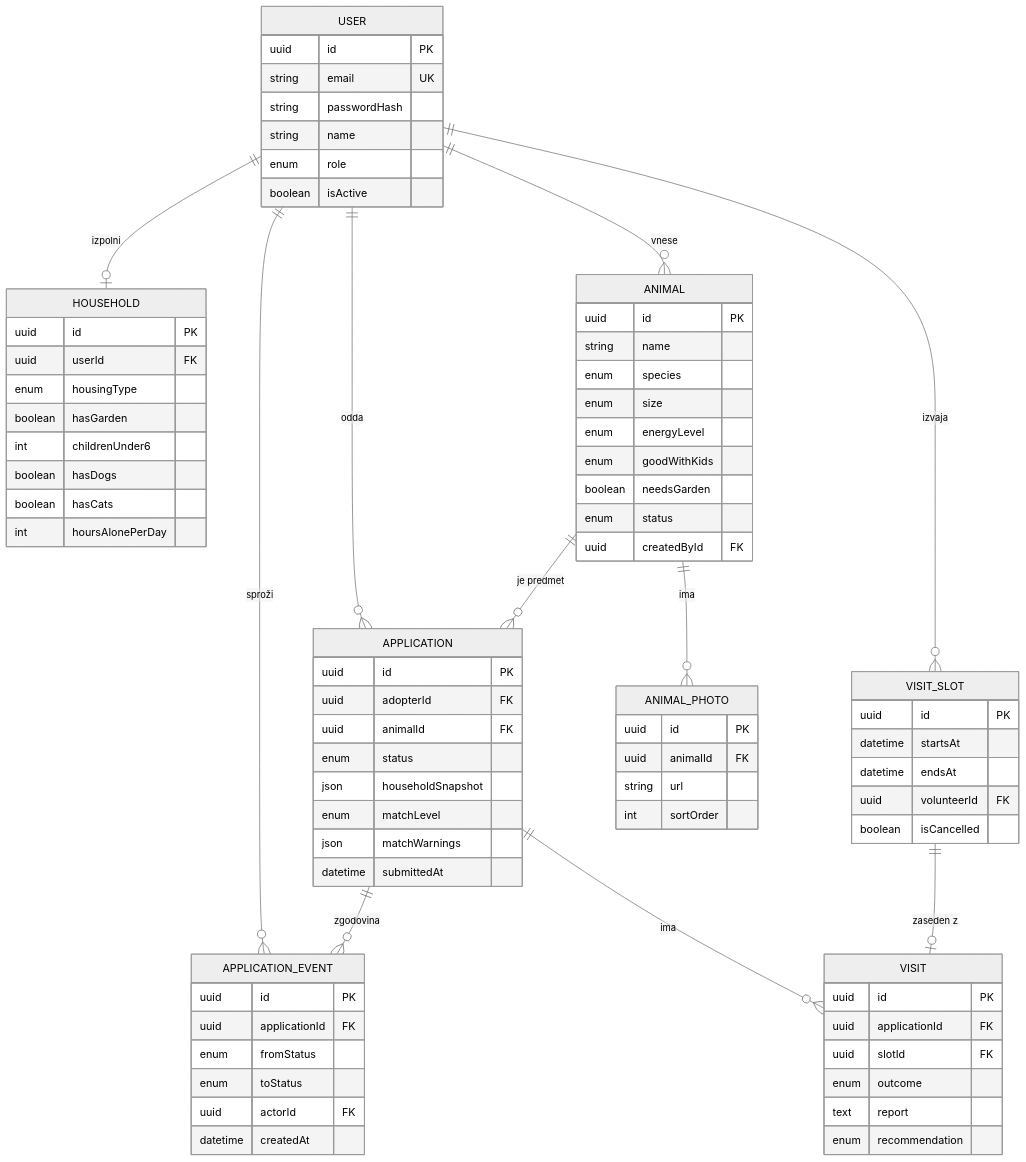
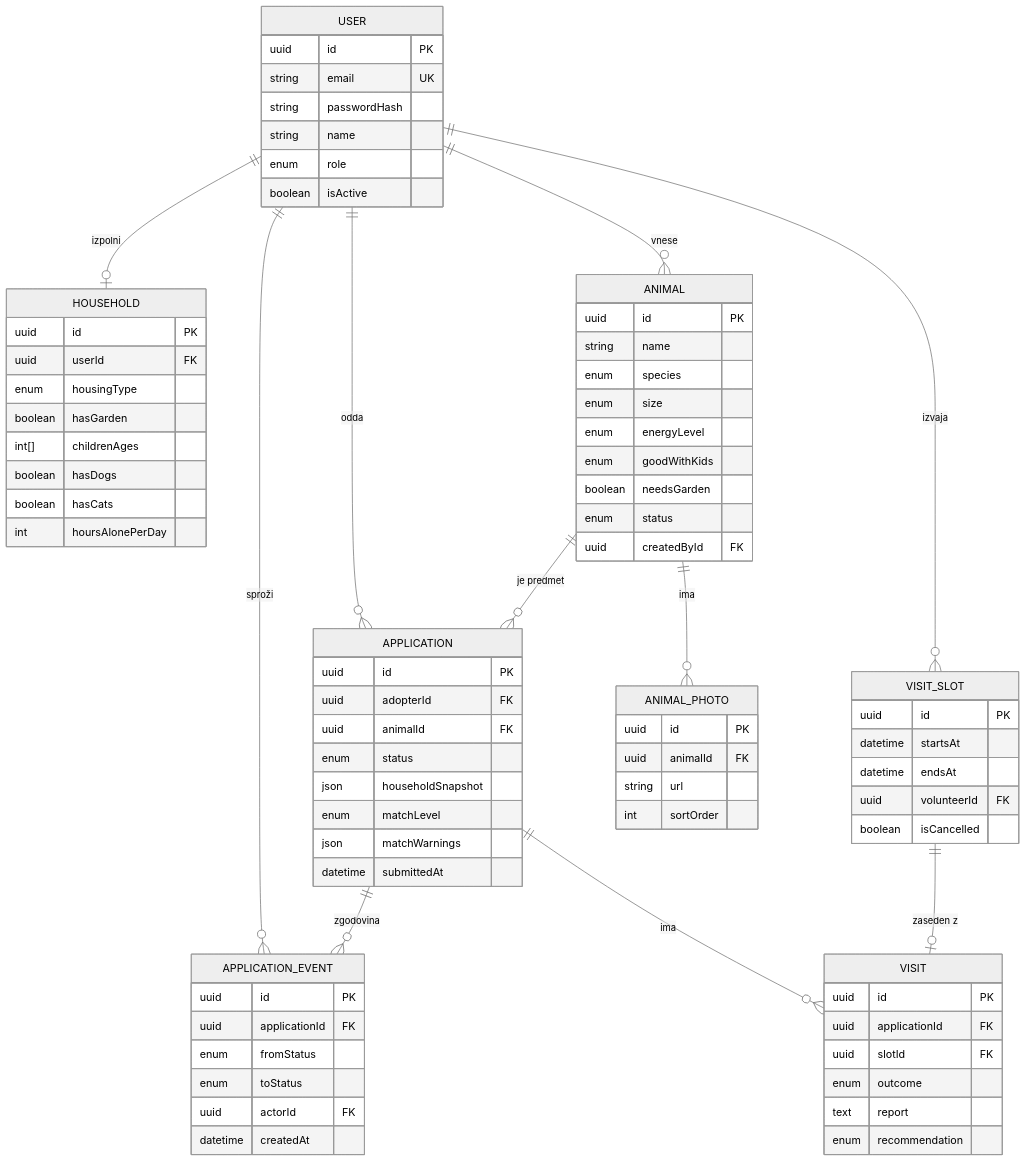
Before and after one commit to MaticTheCoder/NoviDom: the diagram in docs/03-podatkovni-model.md, drawn with Mermaid (neutral theme). The commit also changed other lines of this file and 5 other files, not shown here.

````diff
--- a/docs/03-podatkovni-model.md
+++ b/docs/03-podatkovni-model.md
@@ -138,82 +137,82 @@
 ```mermaid
 erDiagram
     USER ||--o| HOUSEHOLD : "izpolni"
     USER ||--o{ APPLICATION : "odda"
     USER ||--o{ ANIMAL : "vnese"
     USER ||--o{ VISIT_SLOT : "izvaja"
     USER ||--o{ APPLICATION_EVENT : "sproži"
     ANIMAL ||--o{ APPLICATION : "je predmet"
     ANIMAL ||--o{ ANIMAL_PHOTO : "ima"
     APPLICATION ||--o{ VISIT : "ima"
     VISIT_SLOT ||--o| VISIT : "zaseden z"
     APPLICATION ||--o{ APPLICATION_EVENT : "zgodovina"
 
     USER {
         uuid id PK
         string email UK
         string passwordHash
         string name
         enum role
         boolean isActive
     }
     HOUSEHOLD {
         uuid id PK
         uuid userId FK
         enum housingType
         boolean hasGarden
-        int childrenUnder6
+        int[] childrenAges
         boolean hasDogs
         boolean hasCats
         int hoursAlonePerDay
     }
     ANIMAL {
         uuid id PK
         string name
         enum species
         enum size
         enum energyLevel
         enum goodWithKids
         boolean needsGarden
         enum status
         uuid createdById FK
     }
     ANIMAL_PHOTO {
         uuid id PK
         uuid animalId FK
         string url
         int sortOrder
     }
     APPLICATION {
         uuid id PK
         uuid adopterId FK
         uuid animalId FK
         enum status
         json householdSnapshot
         enum matchLevel
         json matchWarnings
         datetime submittedAt
     }
     VISIT_SLOT {
         uuid id PK
         datetime startsAt
         datetime endsAt
         uuid volunteerId FK
         boolean isCancelled
     }
     VISIT {
         uuid id PK
         uuid applicationId FK
         uuid slotId FK
         enum outcome
         text report
         enum recommendation
     }
     APPLICATION_EVENT {
         uuid id PK
         uuid applicationId FK
         enum fromStatus
         enum toStatus
         uuid actorId FK
         datetime createdAt
     }
 ```
````
